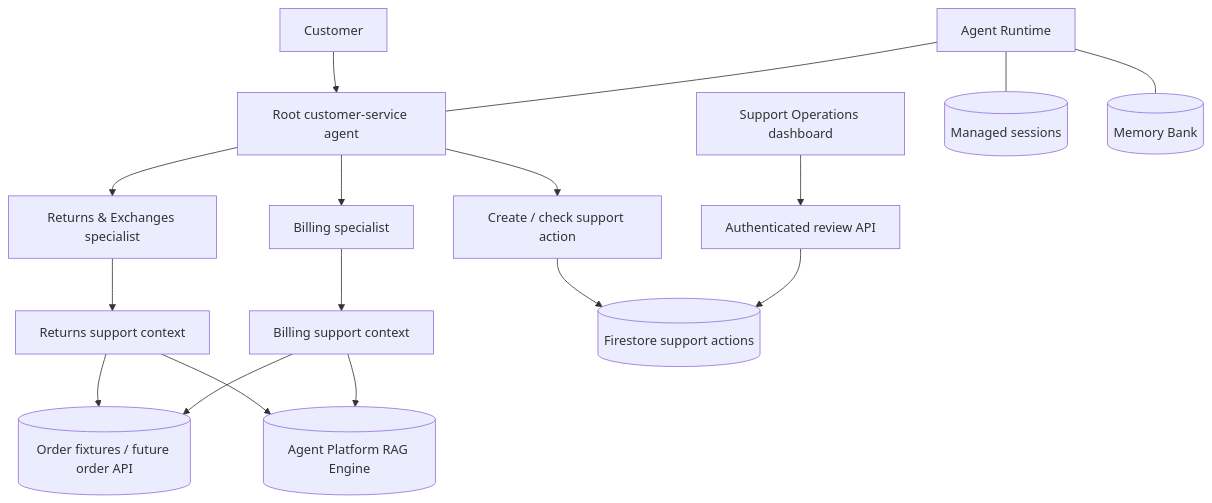
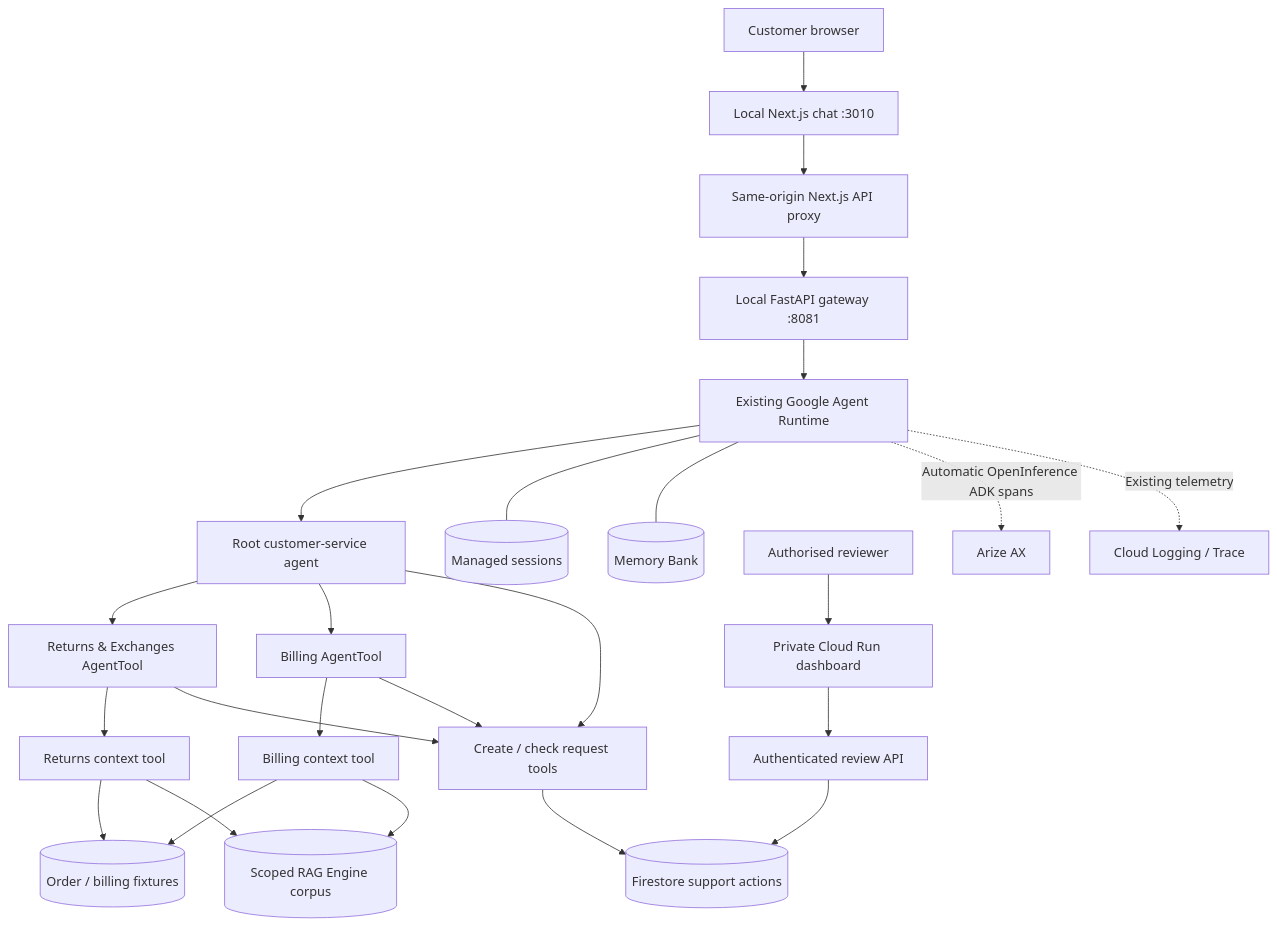
The diagram in BUILD_PLAN.md (abanerjee23/tarnfield-care), drawn with Mermaid before and after one commit. The commit also changed other lines of this file and 52 other files, not shown here.

First line of the commit message:
Add Tarnfield chat frontend and automatic Arize tracing

````diff
--- a/BUILD_PLAN.md
+++ b/BUILD_PLAN.md
@@ -146,19 +64,27 @@
 ```mermaid
 flowchart TD
-    Customer[Customer] --> Root[Root customer-service agent]
-    Root --> Returns[Returns & Exchanges specialist]
-    Root --> Billing[Billing specialist]
-    Returns --> ReturnsContext[Returns support context]
-    Billing --> BillingContext[Billing support context]
-    ReturnsContext --> Orders[(Order fixtures / future order API)]
+    Customer[Customer browser] --> UI[Local Next.js chat :3010]
+    UI --> Proxy[Same-origin Next.js API proxy]
+    Proxy --> Gateway[Local FastAPI gateway :8081]
+    Gateway --> Runtime[Existing Google Agent Runtime]
+    Runtime --> Root[Root customer-service agent]
+    Root --> Returns[Returns & Exchanges AgentTool]
+    Root --> Billing[Billing AgentTool]
+    Returns --> ReturnsContext[Returns context tool]
+    Billing --> BillingContext[Billing context tool]
+    ReturnsContext --> Orders[(Order / billing fixtures)]
     BillingContext --> Orders
-    ReturnsContext --> RAG[(Agent Platform RAG Engine)]
+    ReturnsContext --> RAG[(Scoped RAG Engine corpus)]
     BillingContext --> RAG
-    Root --> Actions[Create / check support action]
-    Actions --> Firestore[(Firestore support actions)]
-    Dashboard[Support Operations dashboard] --> API[Authenticated review API]
-    API --> Firestore
-    Runtime[Agent Runtime] --- Root
     Runtime --- Sessions[(Managed sessions)]
     Runtime --- Memory[(Memory Bank)]
+    Root --> Actions[Create / check request tools]
+    Returns --> Actions
+    Billing --> Actions
+    Actions --> Firestore[(Firestore support actions)]
+    Reviewer[Authorised reviewer] --> Ops[Private Cloud Run dashboard]
+    Ops --> ReviewAPI[Authenticated review API]
+    ReviewAPI --> Firestore
+    Runtime -. Automatic OpenInference ADK spans .-> Arize[Arize AX]
+    Runtime -. Existing telemetry .-> Cloud[Cloud Logging / Trace]
 ```
````
